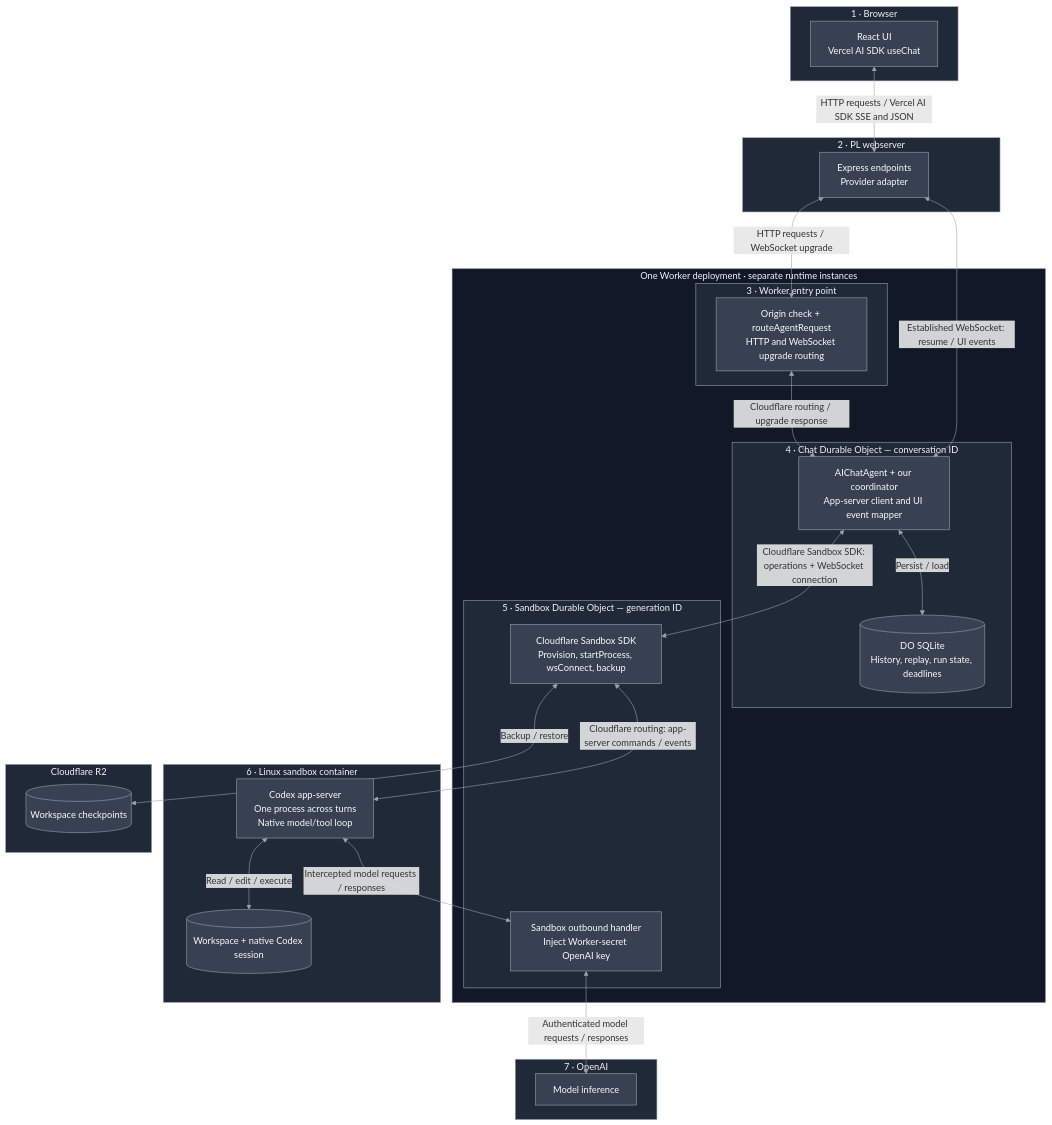
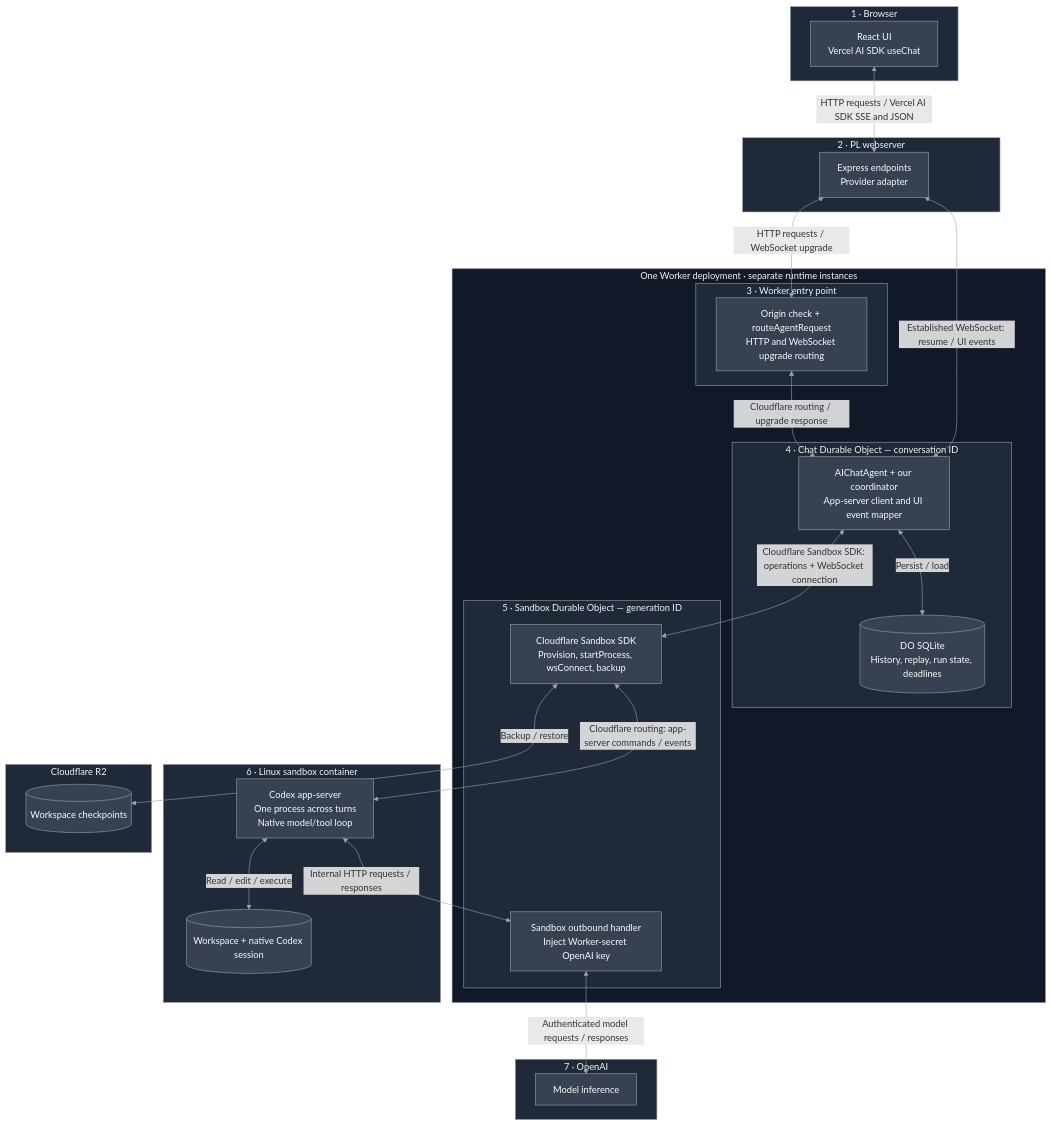
The first of 3 diagrams in docs/architecture.md (miguelaenlle/cloudflare-agents-sdk-test), drawn with Mermaid before and after one commit. The commit also changed other lines of this file and 3 other files, not shown here.

````diff
--- a/docs/architecture.md
+++ b/docs/architecture.md
@@ -11,56 +11,56 @@
 ```mermaid
 flowchart TB
     subgraph browser["1 · Browser"]
         UI["React UI<br/>Vercel AI SDK useChat"]
     end
     subgraph backend["2 · PL webserver"]
         Relay["Express endpoints<br/>Provider adapter"]
     end
     subgraph cloudflare["One Worker deployment · separate runtime instances"]
         subgraph entry["3 · Worker entry point"]
             Router["Origin check + routeAgentRequest<br/>HTTP and WebSocket upgrade routing"]
         end
         subgraph chat["4 · Chat Durable Object — conversation ID"]
             Coordinator["AIChatAgent + our coordinator<br/>App-server client and UI event mapper"]
             SQLite[("DO SQLite<br/>History, replay, run state, deadlines")]
         end
         subgraph control["5 · Sandbox Durable Object — generation ID"]
             SandboxAPI["Cloudflare Sandbox SDK<br/>Provision, startProcess, wsConnect, backup"]
             Auth["Sandbox outbound handler<br/>Inject Worker-secret OpenAI key"]
         end
     end
     subgraph container["6 · Linux sandbox container"]
         Codex["Codex app-server<br/>One process across turns<br/>Native model/tool loop"]
         Files[("Workspace + native Codex session")]
     end
     subgraph model["7 · OpenAI"]
         Inference["Model inference"]
     end
     subgraph storage["Cloudflare R2"]
         Backup[("Workspace checkpoints")]
     end
 
     UI <-->|"HTTP requests / Vercel AI SDK SSE and JSON"| Relay
     Relay <-->|"HTTP requests / WebSocket upgrade"| Router
     Router <-->|"Cloudflare routing / upgrade response"| Coordinator
     Relay <-->|"Established WebSocket: resume / UI events"| Coordinator
     Coordinator <-->|"Cloudflare Sandbox SDK: operations + WebSocket connection"| SandboxAPI
     SandboxAPI <-->|"Cloudflare routing: app-server commands / events"| Codex
     Coordinator <-->|"Persist / load"| SQLite
     SandboxAPI <-->|"Backup / restore"| Backup
     Codex <-->|"Read / edit / execute"| Files
-    Codex <-->|"Intercepted model requests / responses"| Auth
+    Codex <-->|"Internal HTTP requests / responses"| Auth
     Auth <-->|"Authenticated model requests / responses"| Inference
 
     classDef default fill:#374151,stroke:#9ca3af,color:#f9fafb
     style cloudflare fill:#111827,stroke:#6b7280,color:#f3f4f6
     style browser fill:#1f2937,stroke:#9ca3af,color:#f3f4f6
     style backend fill:#1f2937,stroke:#9ca3af,color:#f3f4f6
     style entry fill:#1f2937,stroke:#9ca3af,color:#f3f4f6
     style chat fill:#1f2937,stroke:#9ca3af,color:#f3f4f6
     style control fill:#1f2937,stroke:#9ca3af,color:#f3f4f6
     style container fill:#1f2937,stroke:#9ca3af,color:#f3f4f6
     style model fill:#1f2937,stroke:#9ca3af,color:#f3f4f6
     style storage fill:#1f2937,stroke:#9ca3af,color:#f3f4f6
     linkStyle default stroke:#9ca3af
 ```
````
